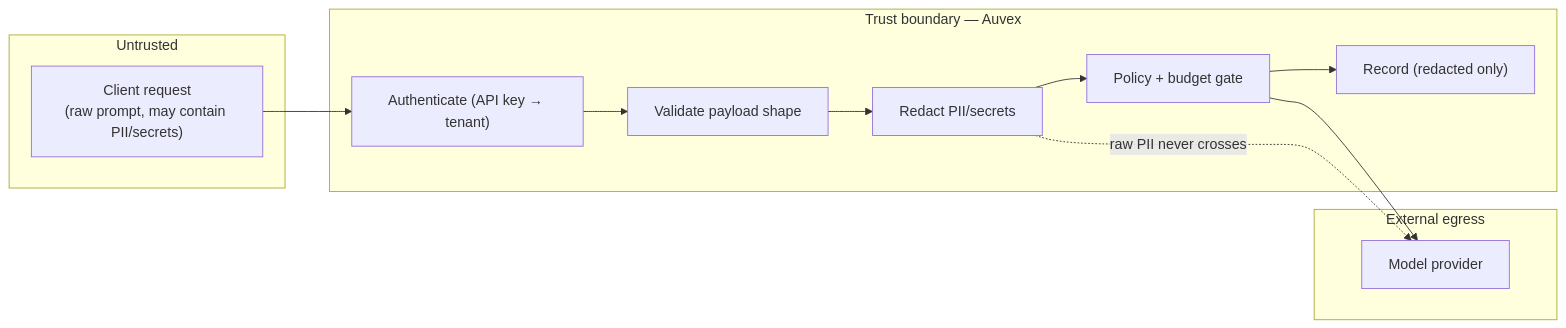
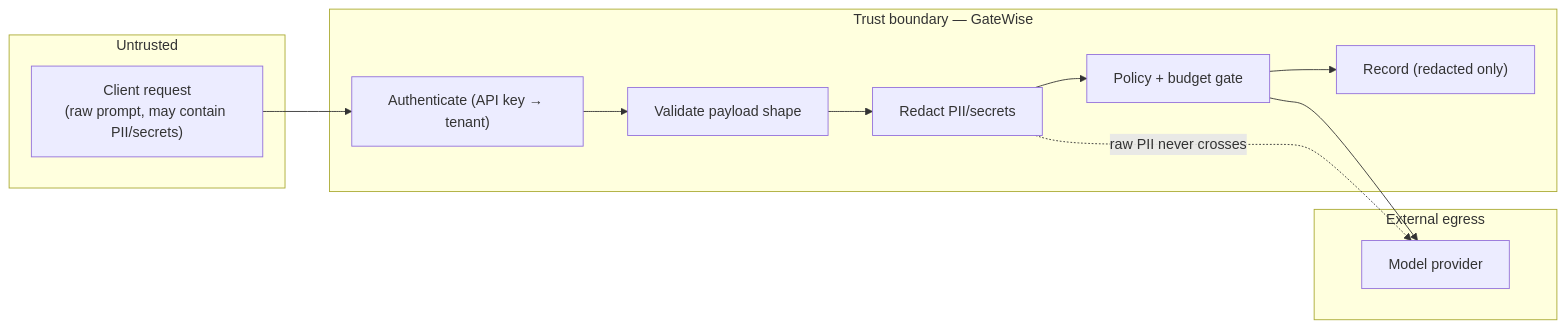
One commit to gauthambinoy/gatewise changed the sixth of 7 diagrams in docs/ARCHITECTURE.md. Above: the diagram before and after it, drawn with Mermaid. The commit also changed other lines of this file and 54 other files, not shown here.

First line of the commit message:
refactor(brand): rename infra, deploy assets and docs to GateWise

````diff
--- a/docs/ARCHITECTURE.md
+++ b/docs/ARCHITECTURE.md
@@ -225,20 +225,20 @@
 ```mermaid
 flowchart LR
     subgraph untrusted["Untrusted"]
       client["Client request<br/>(raw prompt, may contain PII/secrets)"]
     end
-    subgraph gw["Trust boundary — Auvex"]
+    subgraph gw["Trust boundary — GateWise"]
       authb["Authenticate (API key → tenant)"]
       validate["Validate payload shape"]
       redact["Redact PII/secrets"]
       govern["Policy + budget gate"]
       audit["Record (redacted only)"]
     end
     subgraph external["External egress"]
       provider["Model provider"]
     end
 
     client --> authb --> validate --> redact --> govern --> provider
     govern --> audit
     redact -. "raw PII never crosses" .-> provider
 ```
````
